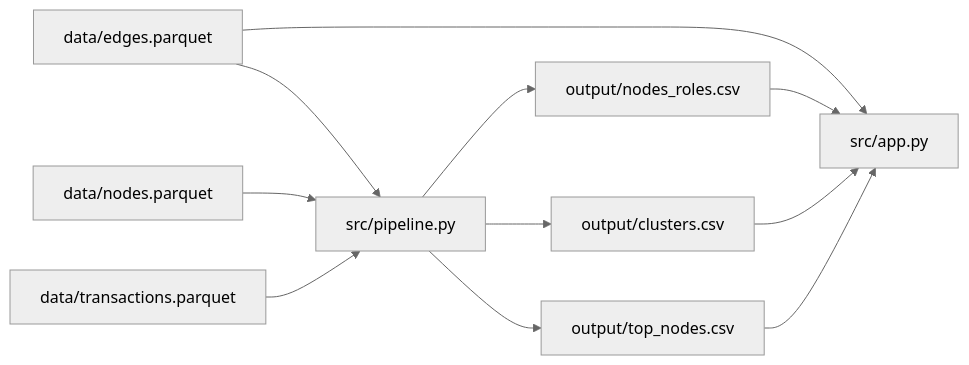
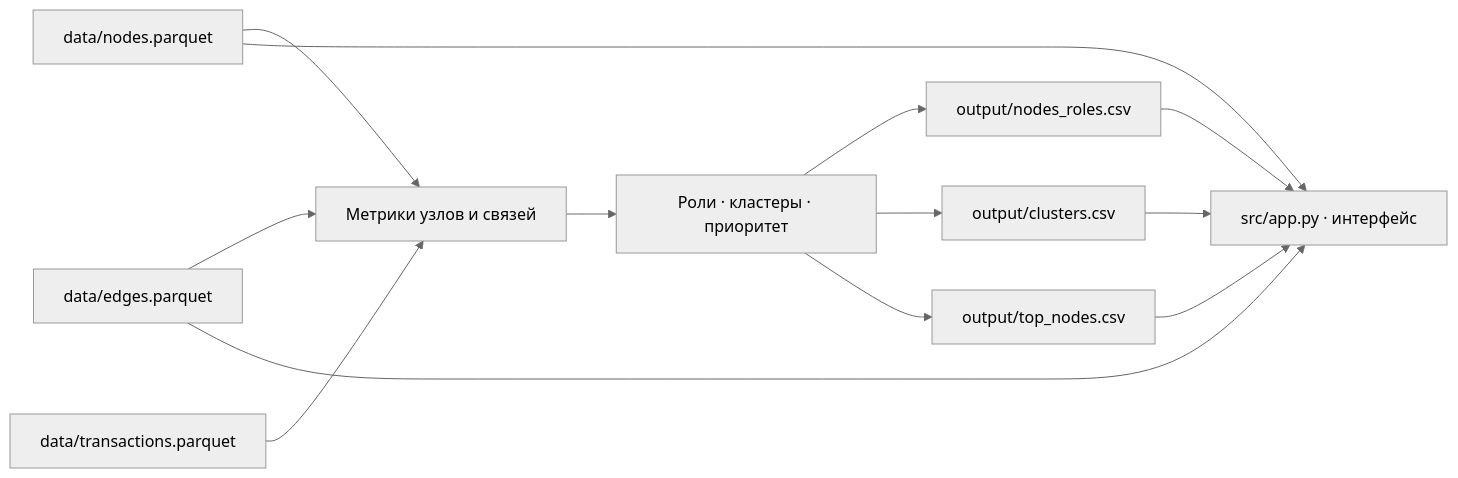
One commit to BAITC-Hacks/hack-6ad98f4c-ainterns changed the diagram in solution-schema.md. Above: the diagram before and after it, drawn with Mermaid (neutral theme).

Commit message:
Clarify the solution flow diagram

````diff
--- a/solution-schema.md
+++ b/solution-schema.md
@@ -3,13 +3,15 @@
 ```mermaid
 flowchart LR
-    E[data/edges.parquet] --> P[src/pipeline.py]
-    N[data/nodes.parquet] --> P
-    T[data/transactions.parquet] --> P
-    P --> R[output/nodes_roles.csv]
-    P --> C[output/clusters.csv]
-    P --> TOP[output/top_nodes.csv]
-    E --> UI[src/app.py]
-    R --> UI
+    N[data/nodes.parquet] --> M[Метрики узлов и связей]
+    E[data/edges.parquet] --> M
+    T[data/transactions.parquet] --> M
+    M --> A[Роли · кластеры · приоритет]
+    A --> R[output/nodes_roles.csv]
+    A --> C[output/clusters.csv]
+    A --> TOP[output/top_nodes.csv]
+    R --> UI[src/app.py · интерфейс]
     C --> UI
     TOP --> UI
+    E --> UI
+    N --> UI
 ```
````
